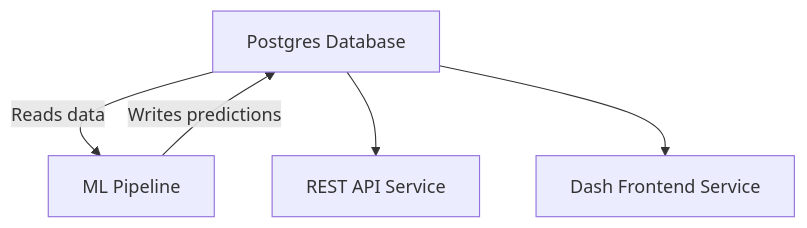
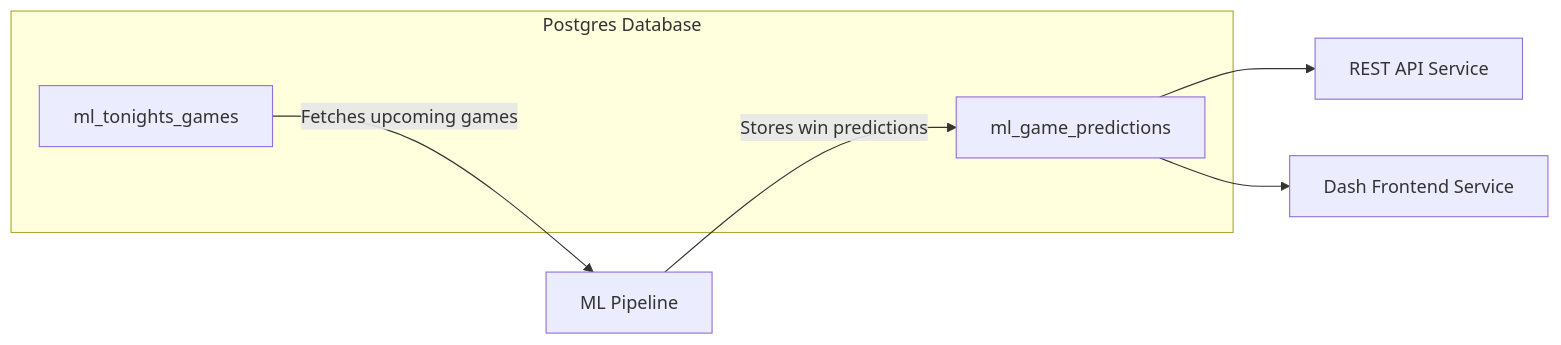
The first of 2 diagrams in src/content/docs/services/ml_pipeline.md (jyablonski/doqs), drawn with Mermaid before and after one commit. The commit also changed other lines of this file and 9 other files, not shown here.

````diff
--- a/src/content/docs/services/ml_pipeline.md
+++ b/src/content/docs/services/ml_pipeline.md
@@ -13,8 +13,15 @@
 ``` mermaid
-graph TD
-    A[Postgres Database] -->|Reads data| B[ML Pipeline]
-    B -->|Writes predictions| A
-    A --> C[REST API Service]
-    A --> D[Dash Frontend Service]
+graph LR
+    subgraph A[Postgres Database]
+        T1[ml_tonights_games]
+        T2[ml_game_predictions]
+    end
+
+    T1 -->|Fetches upcoming games| B[ML Pipeline]
+    B -->|Stores win predictions| T2
+
+    T2 --> C[REST API Service]
+    T2 --> D[Dash Frontend Service]
+
 
 ```
````
